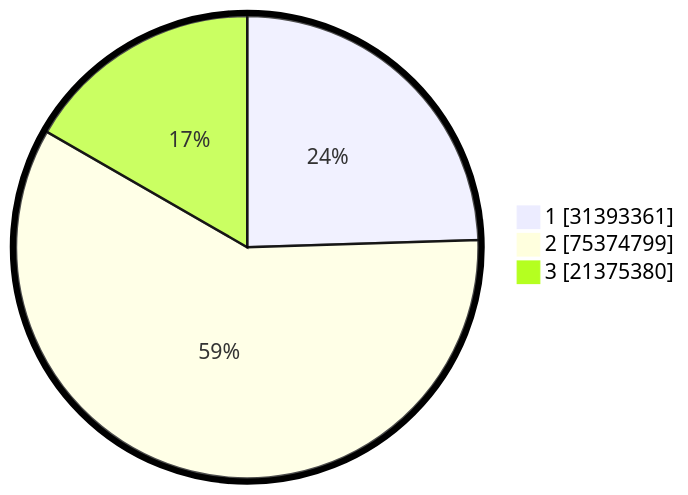
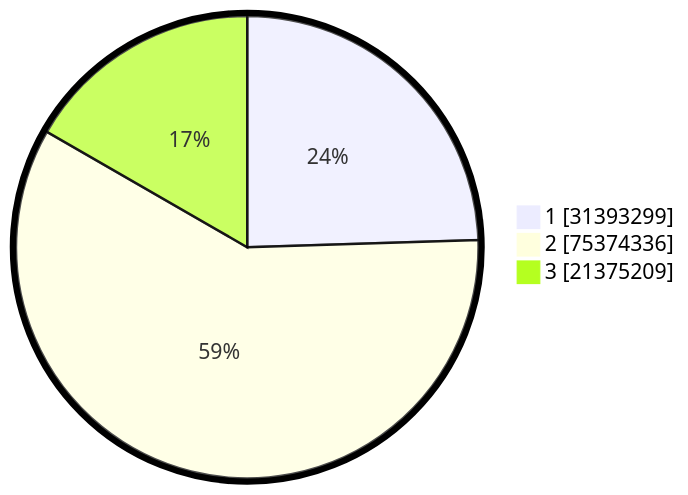
Before and after one commit to gigit-pemilu/pemilu-2024: the second of 2 diagrams in pilpres/hitung-suara/README.md, drawn with Mermaid. The commit also changed other lines of this file and 8 other files, not shown here.

````diff
--- a/pilpres/hitung-suara/README.md
+++ b/pilpres/hitung-suara/README.md
@@ -93,7 +93,7 @@
 ```mermaid
 %%{init: {"pie": {"textPosition": 0.5}, "themeVariables": {"pieOuterStrokeWidth": "5px"}} }%%
 pie showData
-    "1" : 31393361
-    "2" : 75374799
-    "3" : 21375380
+    "1" : 31393299
+    "2" : 75374336
+    "3" : 21375209
 ```
````
